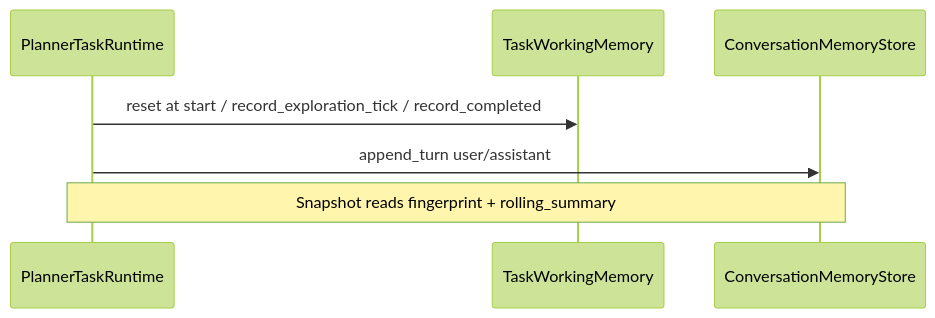
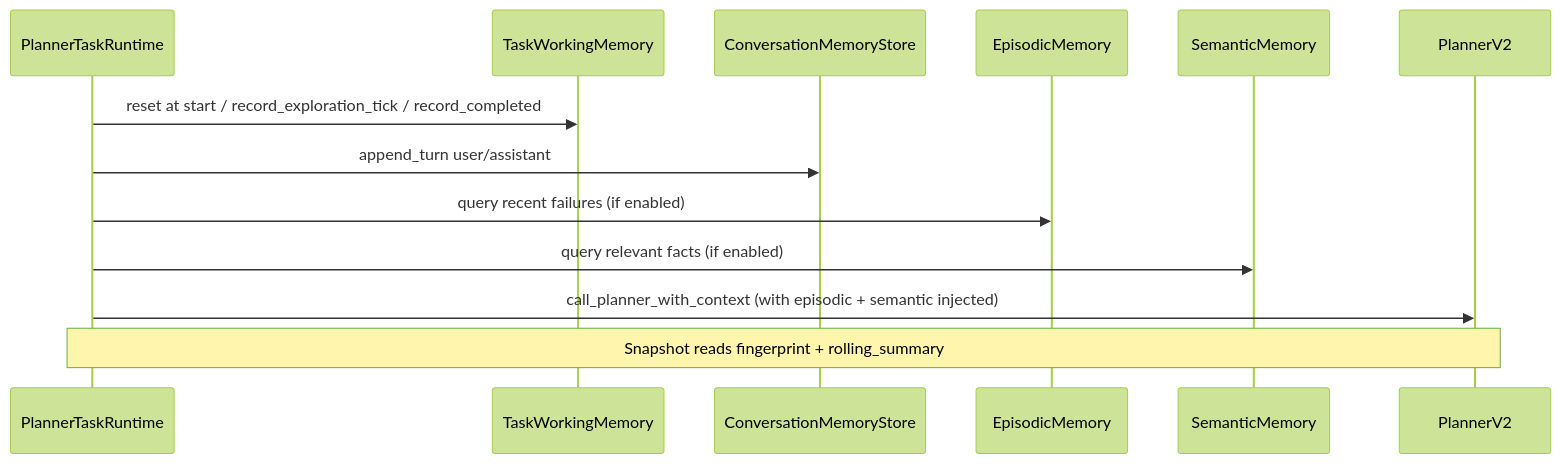
One commit to Pugsy-Explores/AutoStudio changed the diagram in agent_v2/memory/README.md. Above: the diagram before and after it, drawn with Mermaid (forest theme). The commit also changed other lines of this file and 5 other files, not shown here.

First line of the commit message:
[Docs] Update architecture documentation for AgentV2 runtime and memory system

````diff
--- a/agent_v2/memory/README.md
+++ b/agent_v2/memory/README.md
@@ -30,9 +102,16 @@
 ```mermaid
 sequenceDiagram
   participant PTR as PlannerTaskRuntime
   participant TWM as TaskWorkingMemory
   participant CMS as ConversationMemoryStore
+  participant EM as EpisodicMemory
+  participant SM as SemanticMemory
+  participant PV2 as PlannerV2
+
   PTR->>TWM: reset at start / record_exploration_tick / record_completed
   PTR->>CMS: append_turn user/assistant
-  Note over PTR,CMS: Snapshot reads fingerprint + rolling_summary
+  PTR->>EM: query recent failures (if enabled)
+  PTR->>SM: query relevant facts (if enabled)
+  PTR->>PV2: call_planner_with_context (with episodic + semantic injected)
+  Note over PTR,PV2: Snapshot reads fingerprint + rolling_summary
 ```
````
